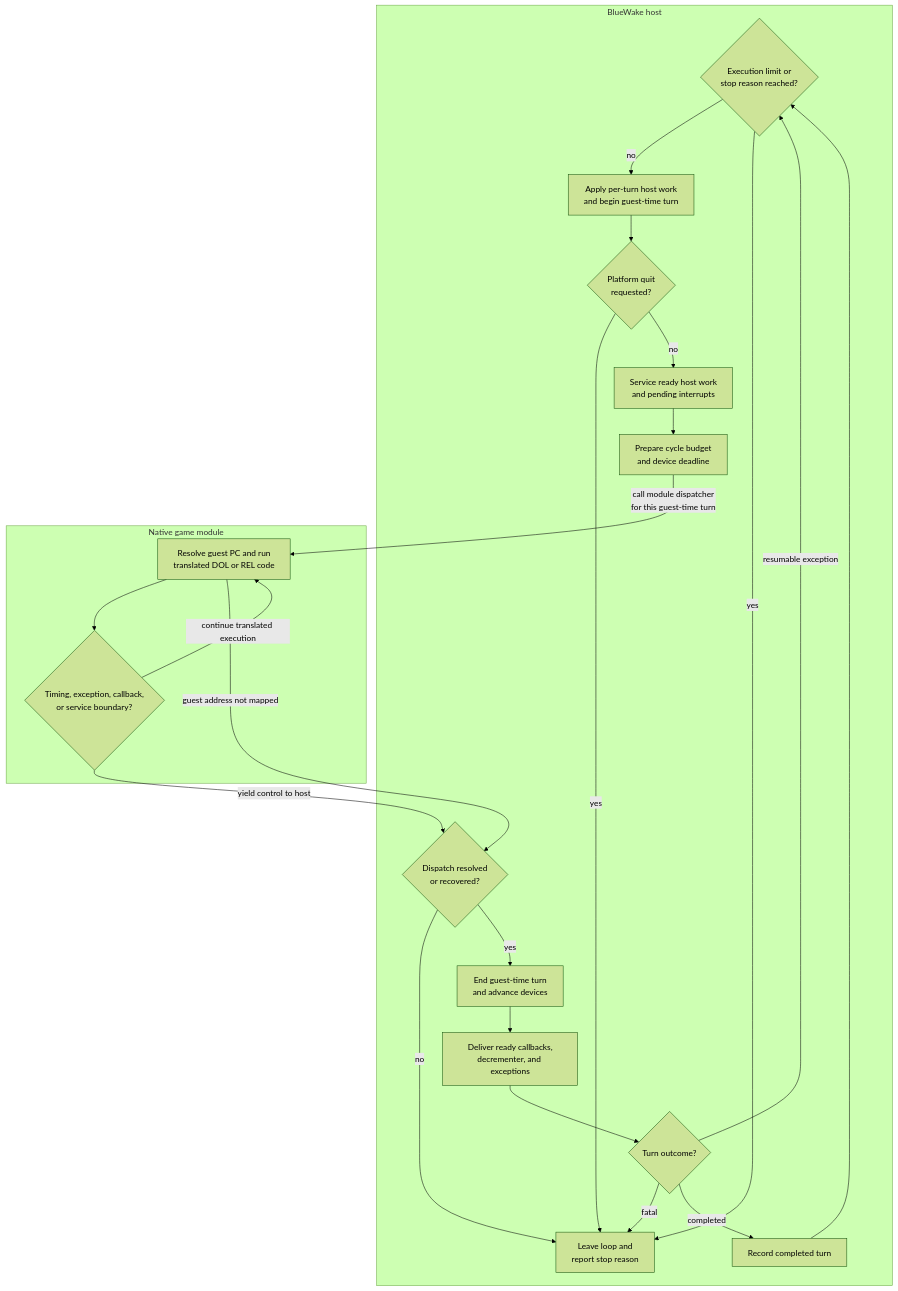
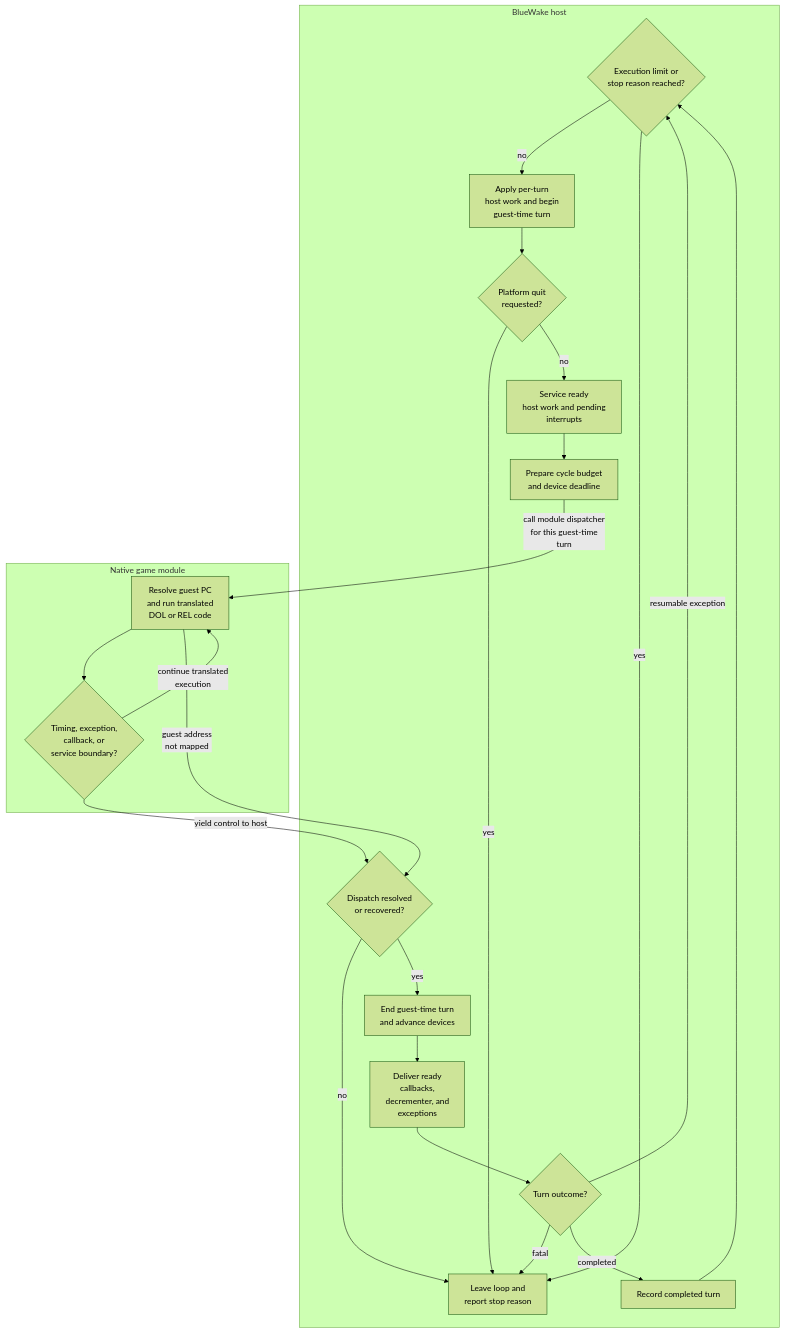
One commit to Aelbannan/boat_of_daphnes changed the ninth of 9 diagrams in docs/architecture/Host.md. Above: the diagram before and after it, drawn with Mermaid (forest theme). The commit also changed other lines of this file and 7 other files, not shown here.

Commit message:
Wrap Mermaid diagram labels

````diff
--- a/docs/architecture/Host.md
+++ b/docs/architecture/Host.md
@@ -282,36 +282,36 @@
 ```mermaid
 flowchart TD
     subgraph Host["BlueWake host"]
         Check{"Execution limit or<br/>stop reason reached?"}
-        Turn["Apply per-turn host work<br/>and begin guest-time turn"]
+        Turn["Apply per-turn<br/>host work and begin<br/>guest-time turn"]
         Quit{"Platform quit<br/>requested?"}
-        Ready["Service ready host work<br/>and pending interrupts"]
+        Ready["Service ready<br/>host work and pending<br/>interrupts"]
         Budget["Prepare cycle budget<br/>and device deadline"]
         Mapped{"Dispatch resolved<br/>or recovered?"}
         End["End guest-time turn<br/>and advance devices"]
-        Events["Deliver ready callbacks,<br/>decrementer, and exceptions"]
+        Events["Deliver ready<br/>callbacks,<br/>decrementer, and<br/>exceptions"]
         Outcome{"Turn outcome?"}
         Record["Record completed turn"]
         Stop["Leave loop and<br/>report stop reason"]
     end
 
     subgraph Module["Native game module"]
-        Dispatch["Resolve guest PC and run<br/>translated DOL or REL code"]
-        Boundary{"Timing, exception, callback,<br/>or service boundary?"}
+        Dispatch["Resolve guest PC<br/>and run translated<br/>DOL or REL code"]
+        Boundary{"Timing, exception,<br/>callback, or<br/>service boundary?"}
         Dispatch --> Boundary
-        Boundary -->|"continue translated execution"| Dispatch
+        Boundary -->|"continue translated<br/>execution"| Dispatch
     end
 
     Check -->|"no"| Turn --> Quit
     Check -->|"yes"| Stop
     Quit -->|"yes"| Stop
     Quit -->|"no"| Ready --> Budget
-    Budget -->|"call module dispatcher<br/>for this guest-time turn"| Dispatch
-    Dispatch -->|"guest address not mapped"| Mapped
+    Budget -->|"call module dispatcher<br/>for this guest-time<br/>turn"| Dispatch
+    Dispatch -->|"guest address<br/>not mapped"| Mapped
     Boundary -->|"yield control to host"| Mapped
     Mapped -->|"no"| Stop
     Mapped -->|"yes"| End --> Events --> Outcome
     Outcome -->|"fatal"| Stop
     Outcome -->|"resumable exception"| Check
     Outcome -->|"completed"| Record --> Check
 ```
````
